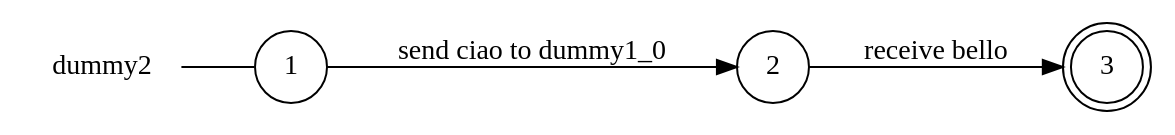
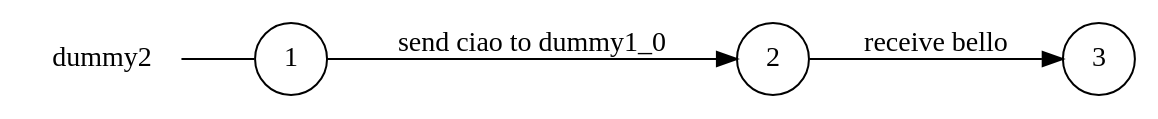
The diagram in examples/async/dummy2_local_view.dot (gabrielegenovese/chorer), drawn with Graphviz before and after one commit. The commit also changed 33 other files, not shown here.

```diff
--- a/examples/async/dummy2_local_view.dot
+++ b/examples/async/dummy2_local_view.dot
@@ -1,11 +1,11 @@
 digraph dummy2 {
 	rankdir="LR";
 	n_0 [label="dummy2", shape="plaintext"];
 	n_1 [id="1", shape=circle, label="1"];
 	n_0 -> n_1 [arrowhead=none];
 	n_2 [id="2", shape=circle, label="2"];
-	n_3 [id="3", shape=doublecircle, label="3"];
+	n_3 [id="3", shape=circle, label="3"];
 
+	n_1 -> n_2 [id="[$e|1]", label="send ciao to dummy1_0"];
 	n_2 -> n_3 [id="[$e|0]", label="receive bello"];
-	n_1 -> n_2 [id="[$e|1]", label="send ciao to dummy1_0"];
 }
```
